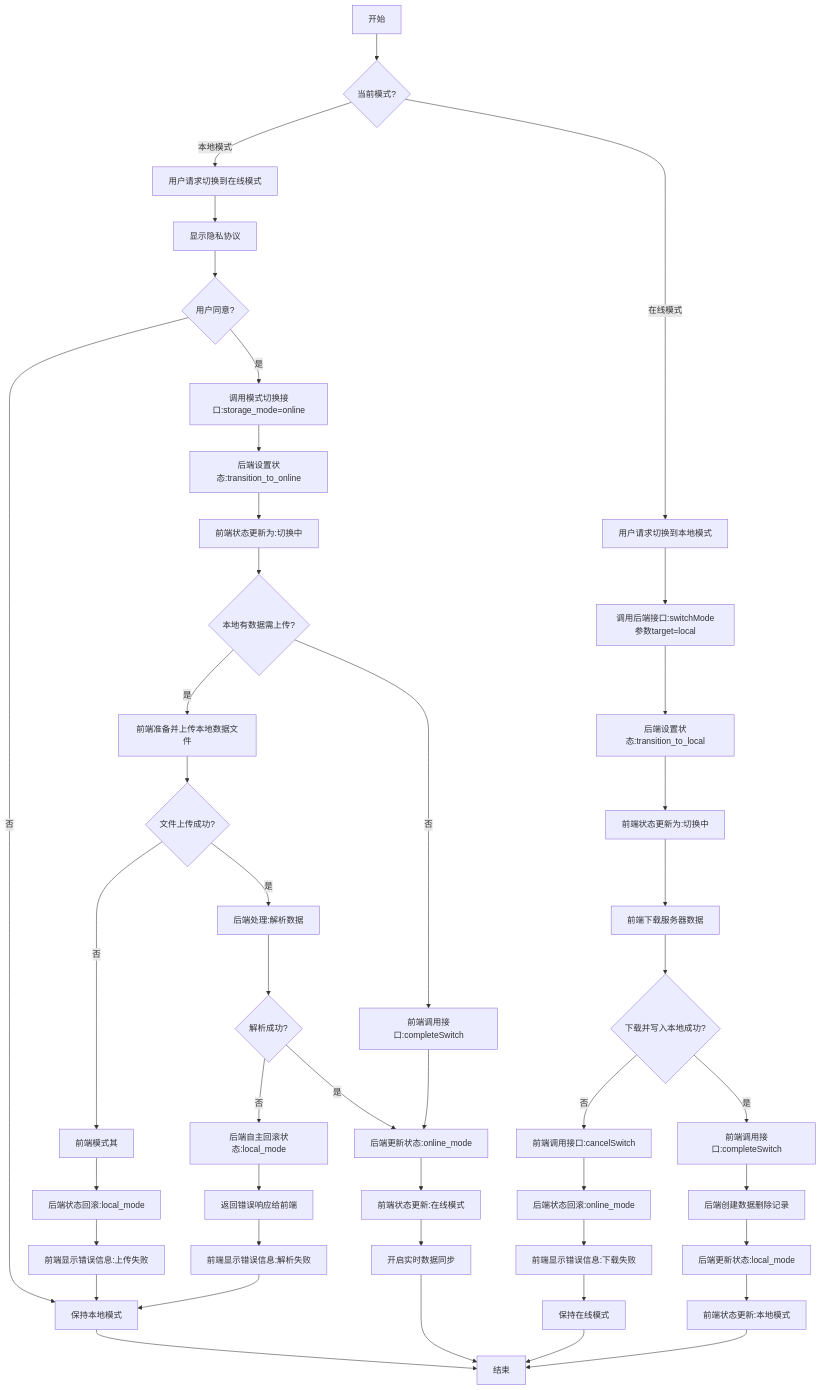
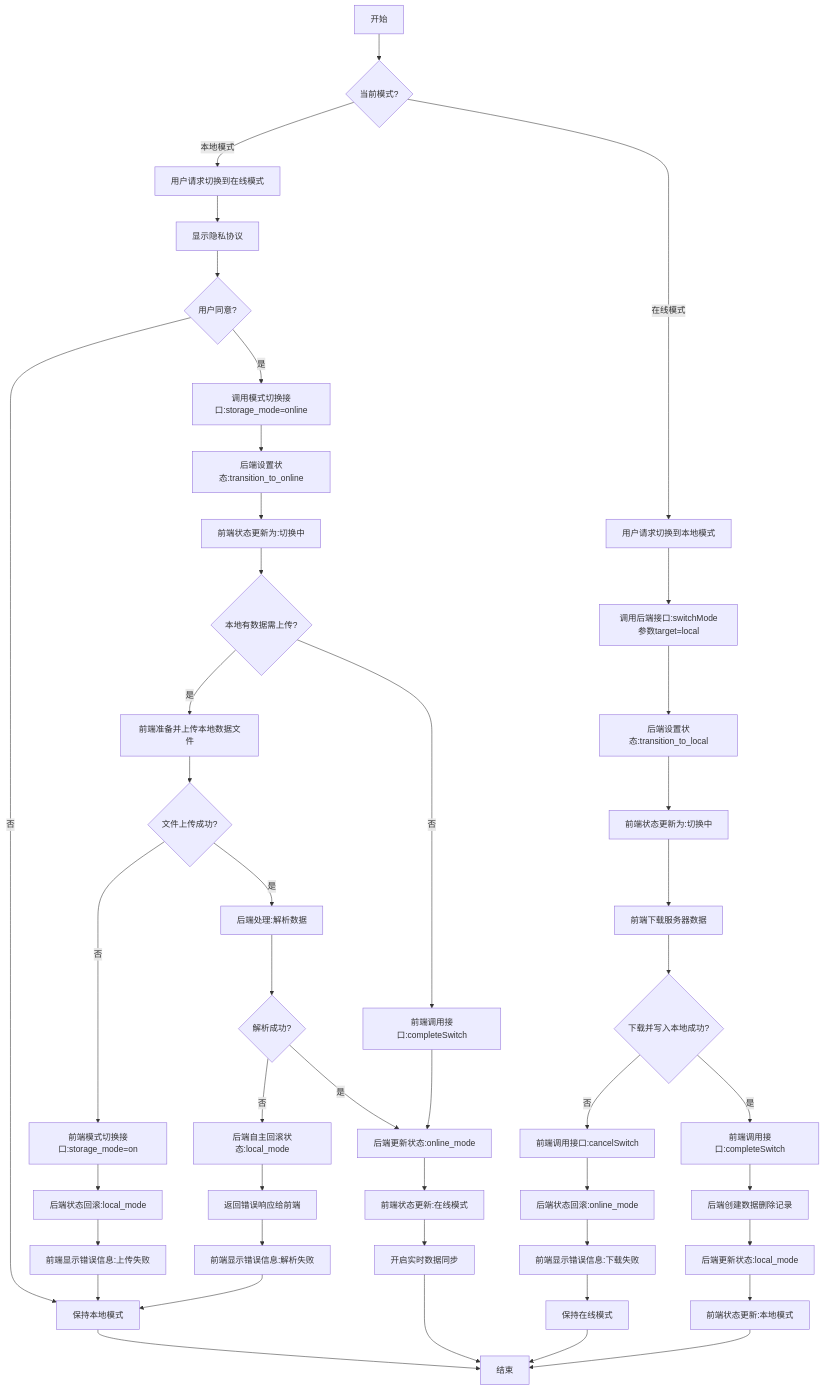
The diagram in all/未命名-58.md (yingjianzh/iodraw-files), drawn with Mermaid before and after one commit.

Commit message:
2025-05-14 10:43:53 update

````diff
--- a/all/未命名-58.md
+++ b/all/未命名-58.md
@@ -1,68 +1,68 @@
 ```mermaid
 flowchart TD
     A[开始] --> B{当前模式?}
     
     %% 本地模式转在线模式
     B -->|本地模式| C[用户请求切换到在线模式]
     C --> D[显示隐私协议]
     D --> E{用户同意?}
 
     E -->|否| F[保持本地模式]
     F --> Z[结束]
     
     E -->|是| G[调用模式切换接口:storage_mode=online]
     G --> H[后端设置状态:transition_to_online]
     H --> I[前端状态更新为:切换中]
     
     I --> J{本地有数据需上传?}
     
     %% 有本地数据需上传的情况
     J -->|是| K[前端准备并上传本地数据文件]
     K --> L{文件上传成功?}
     
     %% 上传失败的情况
-    L -->|否| M[前端模式其]
+    L -->|否| M[前端模式切换接口:storage_mode=on]
     M --> N[后端状态回滚:local_mode]
     N --> O[前端显示错误信息:上传失败]
     O --> F
     
     %% 上传成功但解析失败的情况
     L -->|是| P[后端处理:解析数据]
     P --> Q{解析成功?}
     Q -->|否| R[后端自主回滚状态:local_mode]
     R --> S[返回错误响应给前端]
     S --> T[前端显示错误信息:解析失败]
     T --> F
     
     %% 全部成功的情况
     Q -->|是| U[后端更新状态:online_mode]
     J -->|否| V[前端调用接口:completeSwitch]
     V --> U
     
     U --> W[前端状态更新:在线模式]
     W --> X[开启实时数据同步]
     X --> Z
     
     %% 在线模式转本地模式
     B -->|在线模式| AA[用户请求切换到本地模式]
     AA --> AB[调用后端接口:switchMode参数target=local]
     AB --> AC[后端设置状态:transition_to_local]
     AC --> AD[前端状态更新为:切换中]
     
     AD --> AE[前端下载服务器数据]
     AE --> AF{下载并写入本地成功?}
     
     %% 下载失败的情况
     AF -->|否| AG[前端调用接口:cancelSwitch]
     AG --> AH[后端状态回滚:online_mode]
     AH --> AI[前端显示错误信息:下载失败]
     AI --> AJ[保持在线模式]
     AJ --> Z
     
     %% 下载成功的情况
     AF -->|是| AK[前端调用接口:completeSwitch]
     AK --> AL[后端创建数据删除记录]
     AL --> AM[后端更新状态:local_mode]
     AM --> AN[前端状态更新:本地模式]
     AN --> Z
 ```
````
